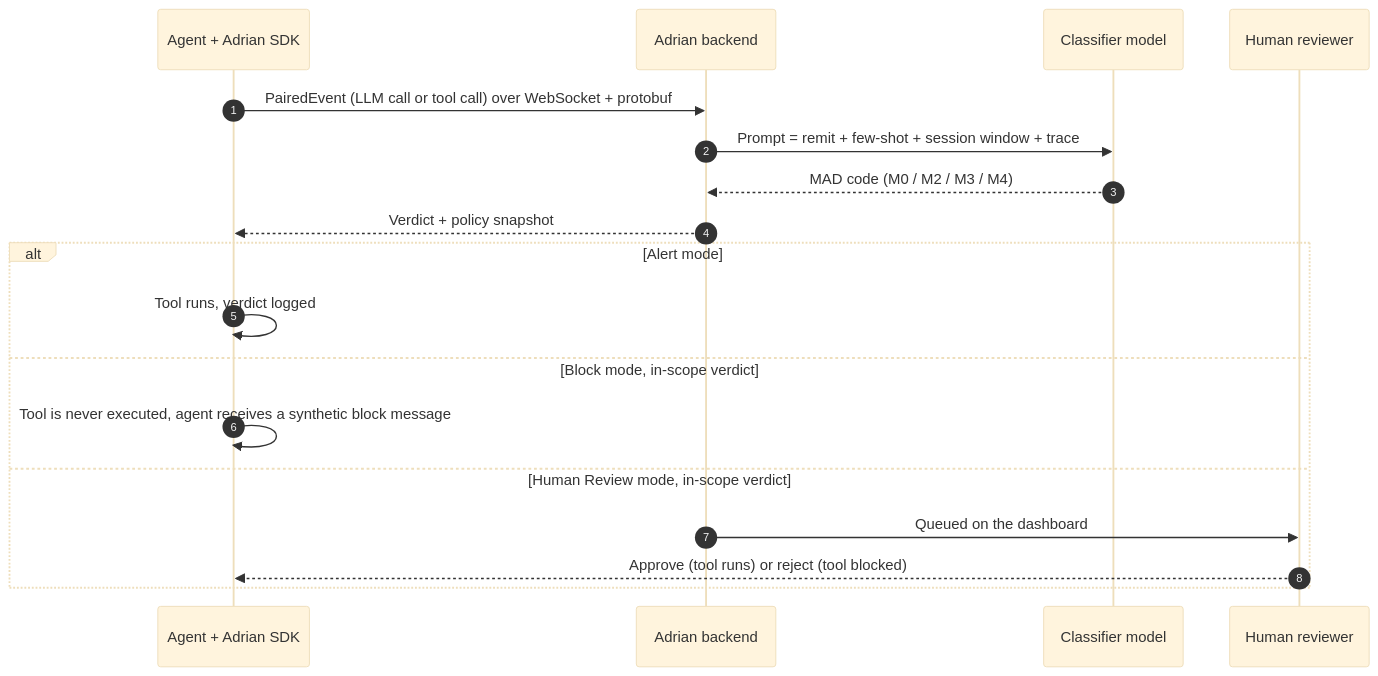
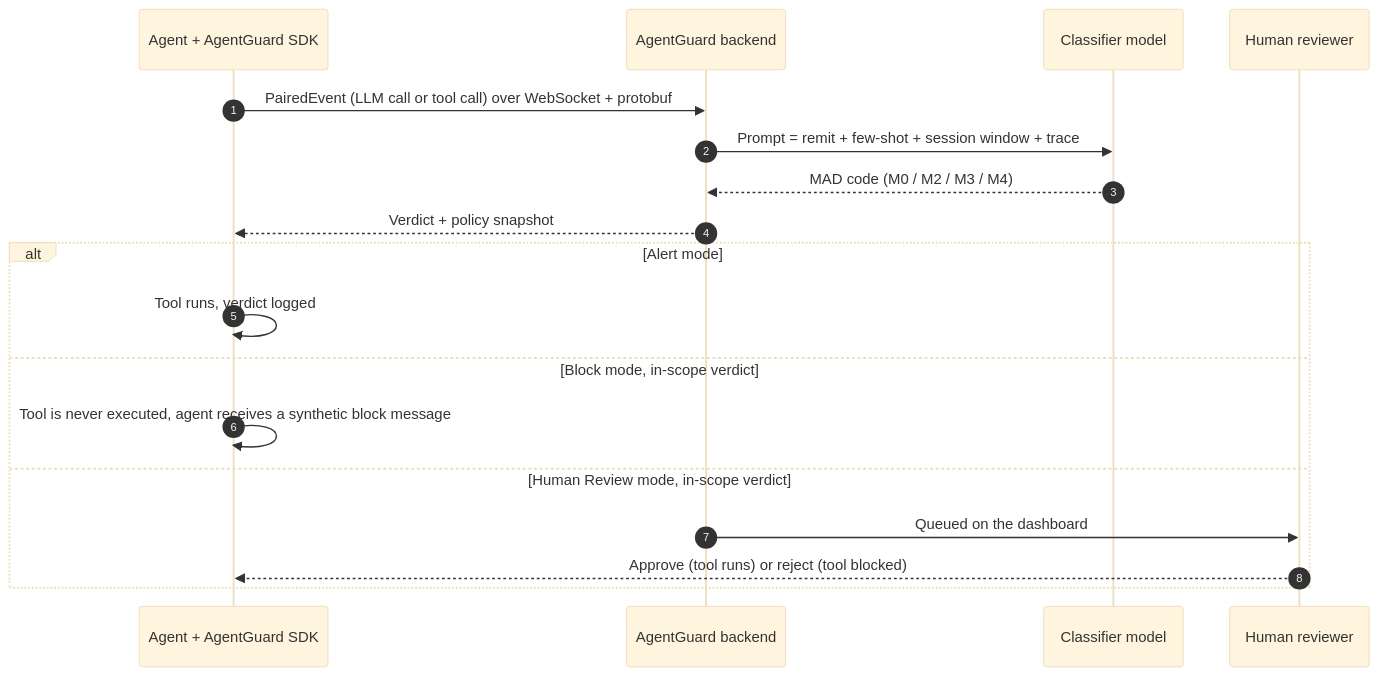
One commit to MeAkash77/AgentGuard-AI-Agent-Runtime-Security-Policy-Enforcement-Platform changed the first of 2 diagrams in README.md. Above: the diagram before and after it, drawn with Mermaid (base theme). The commit also changed other lines of this file, not shown here.

````diff
--- a/README.md
+++ b/README.md
@@ -74,21 +70,21 @@
 ```mermaid
 sequenceDiagram
     autonumber
-    participant A as Agent + Adrian SDK
-    participant B as Adrian backend
+    participant A as Agent + AgentGuard SDK
+    participant B as AgentGuard backend
     participant C as Classifier model
     participant H as Human reviewer
 
     A->>B: PairedEvent (LLM call or tool call) over WebSocket + protobuf
     B->>C: Prompt = remit + few-shot + session window + trace
     C-->>B: MAD code (M0 / M2 / M3 / M4)
     B-->>A: Verdict + policy snapshot
     alt Alert mode
         A->>A: Tool runs, verdict logged
     else Block mode, in-scope verdict
         A->>A: Tool is never executed, agent receives a synthetic block message
     else Human Review mode, in-scope verdict
         B->>H: Queued on the dashboard
         H-->>A: Approve (tool runs) or reject (tool blocked)
     end
 ```
````
